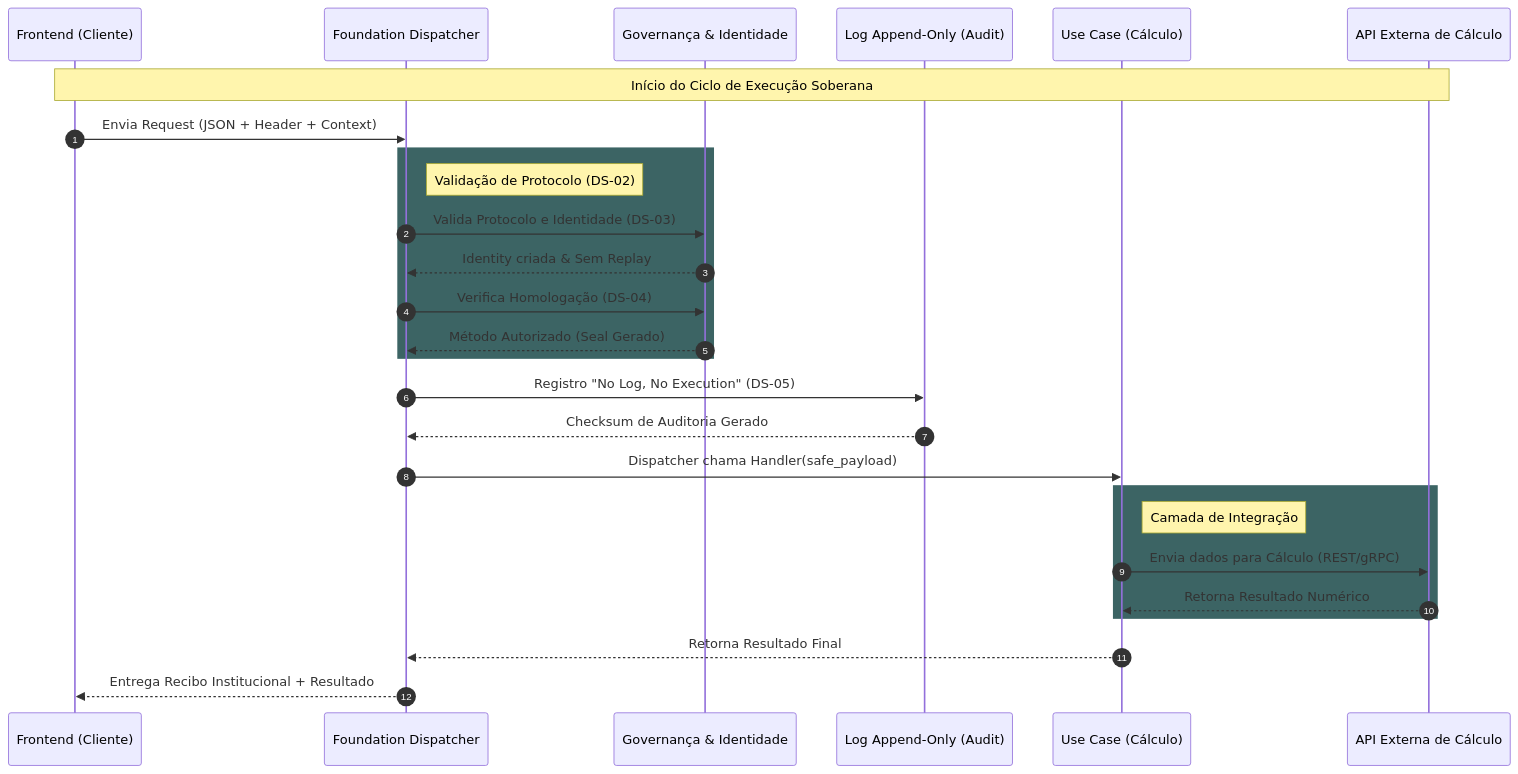
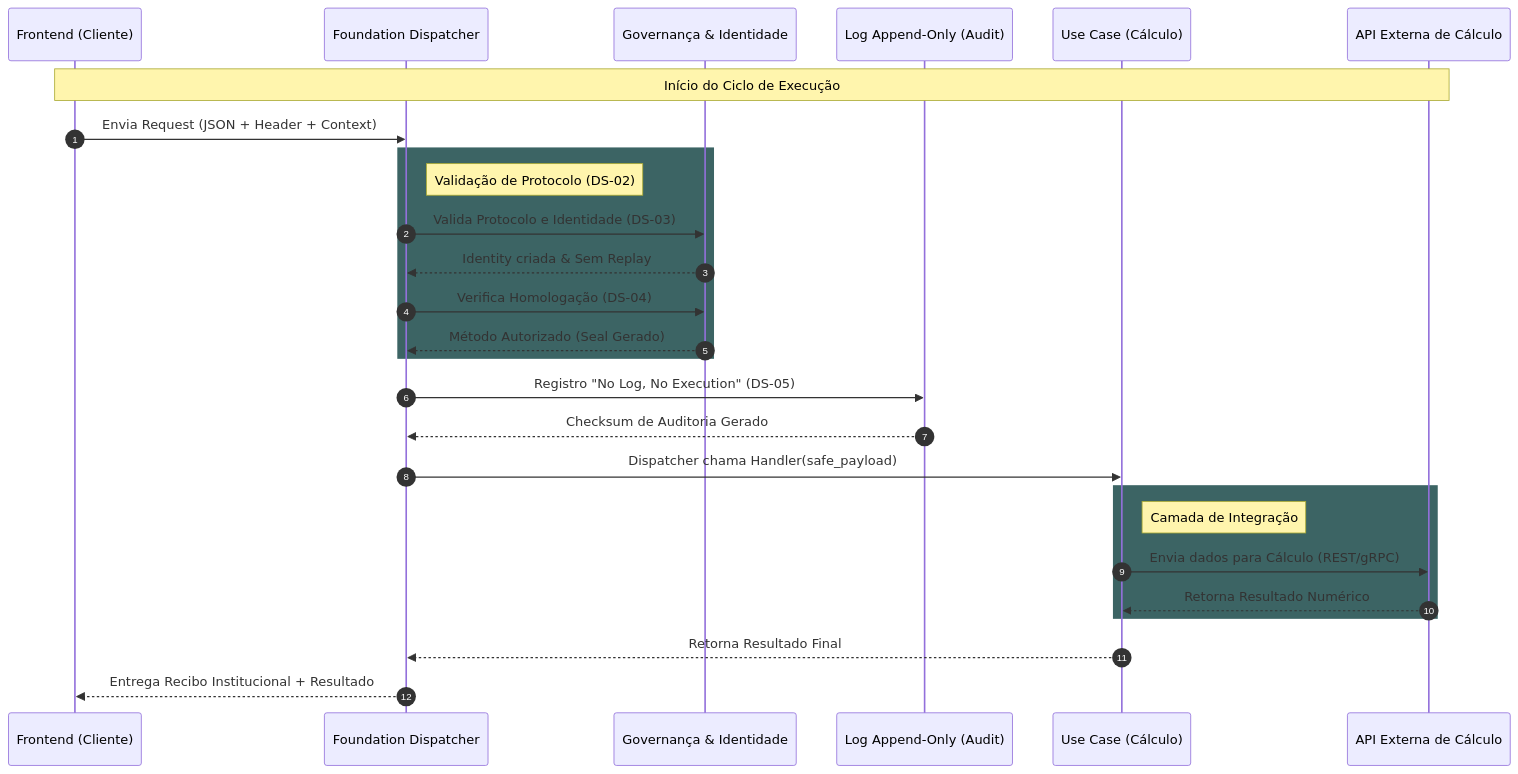
One commit to Pireddas/pireddas changed the first of 2 diagrams in README.md. Above: the diagram before and after it, drawn with Mermaid.

````diff
--- a/README.md
+++ b/README.md
@@ -206,38 +206,38 @@
 ```mermaid
 sequenceDiagram
     autonumber
     participant Front as Frontend (Cliente)
     participant Disp as Foundation Dispatcher
     participant Gov as Governança & Identidade
     participant Log as Log Append-Only (Audit)
     participant UC as Use Case (Cálculo)
     participant API as API Externa de Cálculo
 
-    Note over Front, API: Início do Ciclo de Execução Soberana
+    Note over Front, API: Início do Ciclo de Execução
 
     Front->>Disp: Envia Request (JSON + Header + Context)
     
     rect rgb(60, 100, 100)
         Note right of Disp: Validação de Protocolo (DS-02)
         Disp->>Gov: Valida Protocolo e Identidade (DS-03)
         Gov-->>Disp: Identity criada & Sem Replay
         
         Disp->>Gov: Verifica Homologação (DS-04)
         Gov-->>Disp: Método Autorizado (Seal Gerado)
     end
 
     Disp->>Log: Registro "No Log, No Execution" (DS-05)
     Log-->>Disp: Checksum de Auditoria Gerado
 
     Disp->>UC: Dispatcher chama Handler(safe_payload)
     
     rect rgb(60, 100, 100)
         Note right of UC: Camada de Integração
         UC->>API: Envia dados para Cálculo (REST/gRPC)
         API-->>UC: Retorna Resultado Numérico
     end
 
     UC-->>Disp: Retorna Resultado Final
     Disp-->>Front: Entrega Recibo Institucional + Resultado
 
 ```
````
